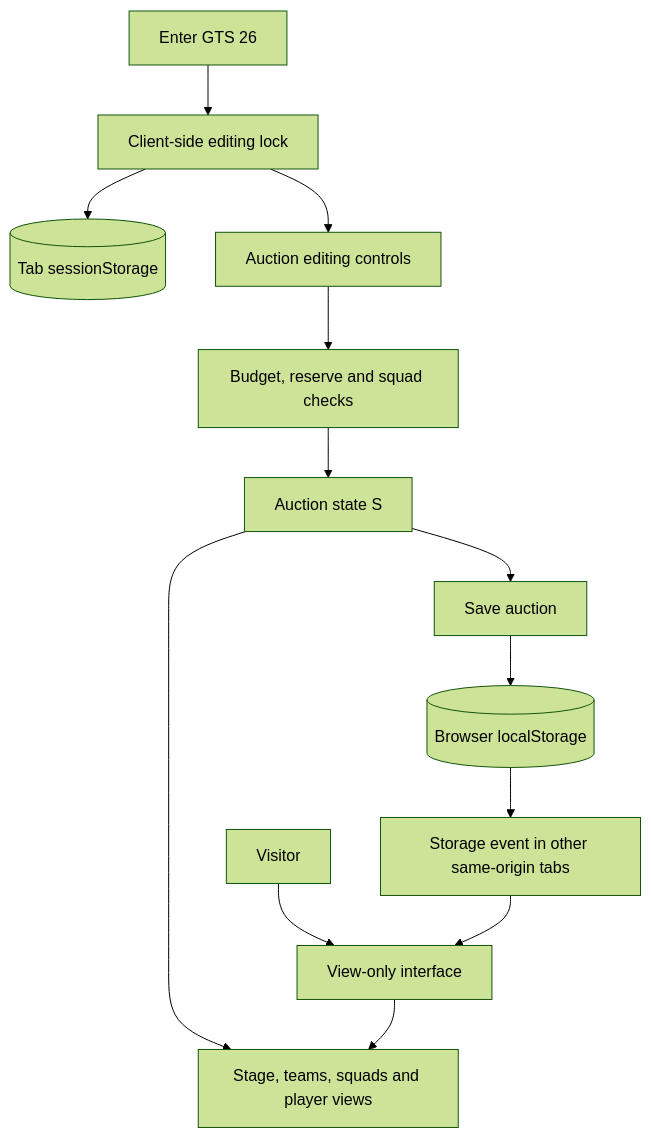
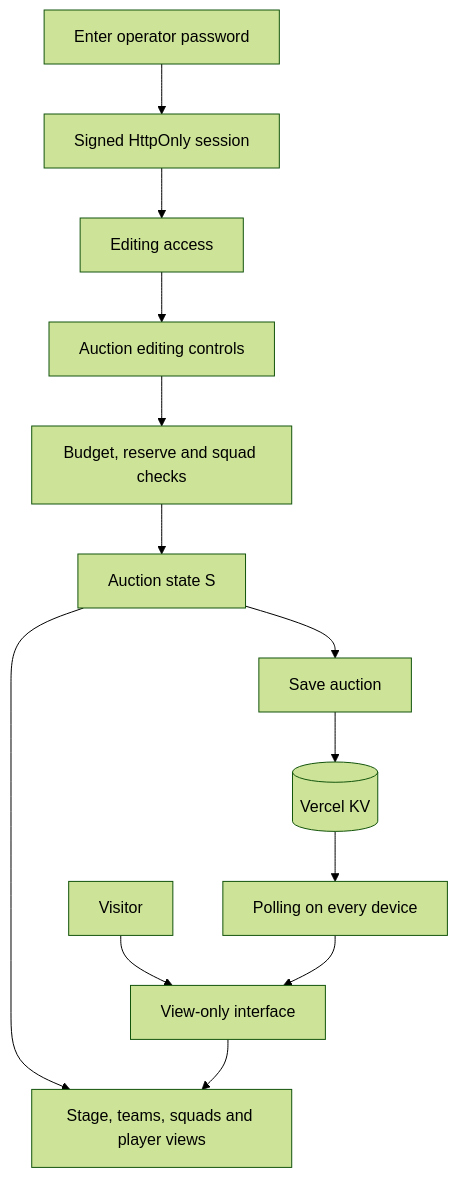
Before and after one commit to pavangiri1599-dot/GTS-Cricket-League-Season-2: the first of 2 diagrams in README.md, drawn with Mermaid (forest theme). The commit also changed other lines of this file and 12 other files, not shown here.

````diff
--- a/README.md
+++ b/README.md
@@ -143,15 +140,15 @@
 ```mermaid
 flowchart TD
     Visitor[Visitor] --> Viewing[View-only interface]
-    Password[Enter GTS 26] --> Unlock[Client-side editing lock]
-    Unlock --> Session[(Tab sessionStorage)]
+    Password[Enter operator password] --> Auth[Signed HttpOnly session]
+    Auth --> Unlock[Editing access]
     Unlock --> Actions[Auction editing controls]
     Actions --> Rules[Budget, reserve and squad checks]
     Rules --> State[Auction state S]
     State --> Render[Stage, teams, squads and player views]
     State --> Save[Save auction]
-    Save --> Local[(Browser localStorage)]
-    Local --> Event[Storage event in other same-origin tabs]
+    Save --> KV[(Vercel KV)]
+    KV --> Event[Polling on every device]
     Event --> Viewing
     Viewing --> Render
 ```
````
